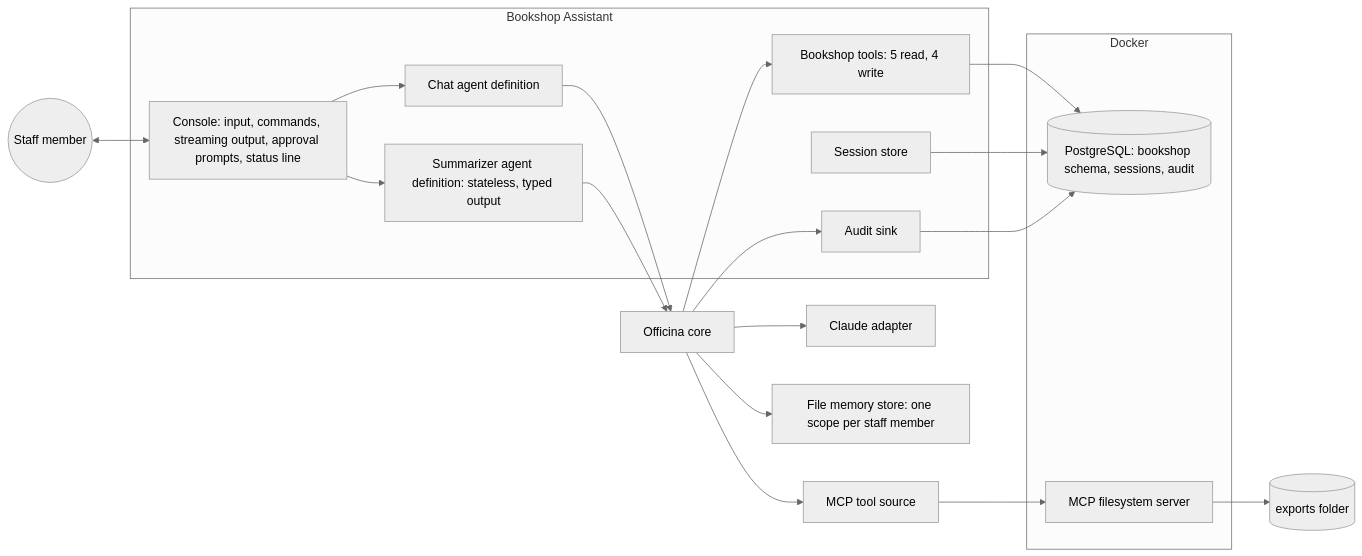
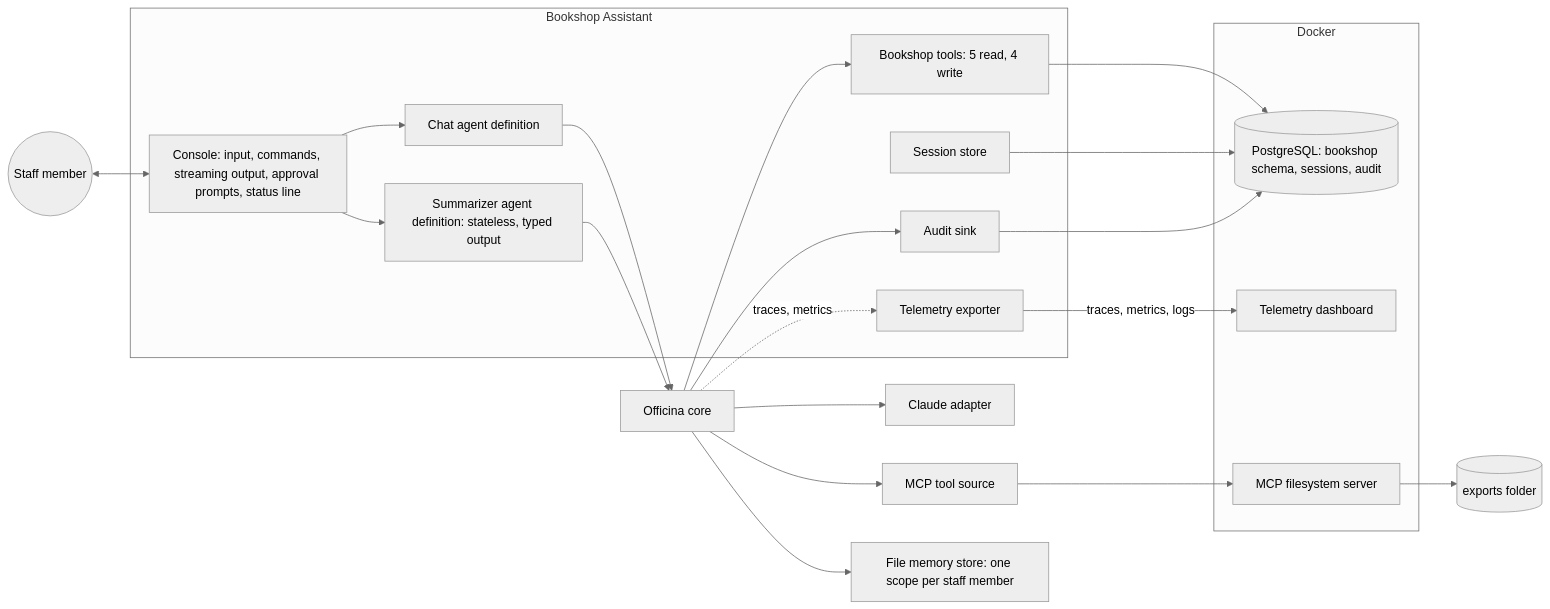
The sixth of 6 diagrams in ARCHITECTURE.md (sleepyshark85/Officina), drawn with Mermaid (neutral theme) before and after one commit. The commit also changed other lines of this file and 2 other files, not shown here.

````diff
--- a/ARCHITECTURE.md
+++ b/ARCHITECTURE.md
@@ -361,27 +392,31 @@
 ```mermaid
 flowchart LR
     User((Staff member)) <--> Console
     subgraph App[Bookshop Assistant]
         Console[Console: input, commands, streaming output, approval prompts, status line]
         Chat[Chat agent definition]
         Summ[Summarizer agent definition: stateless, typed output]
         Tools[Bookshop tools: 5 read, 4 write]
         Sessions[Session store]
         AuditDb[Audit sink]
+        Otel[Telemetry exporter]
     end
     Console --> Chat & Summ
     Chat --> Core[Officina core]
     Summ --> Core
     Core --> Tools & AuditDb
     Core --> Claude[Claude adapter]
     Core --> Mcp[MCP tool source]
     Core --> Mem[File memory store: one scope per staff member]
     subgraph Docker
         Pg[(PostgreSQL: bookshop schema, sessions, audit)]
         Fs[MCP filesystem server]
+        Dash[Telemetry dashboard]
     end
     Tools --> Pg
     Sessions --> Pg
     AuditDb --> Pg
     Mcp --> Fs --> Exports[(exports folder)]
+    Core -.->|traces, metrics| Otel
+    Otel -->|traces, metrics, logs| Dash
 ```
````
